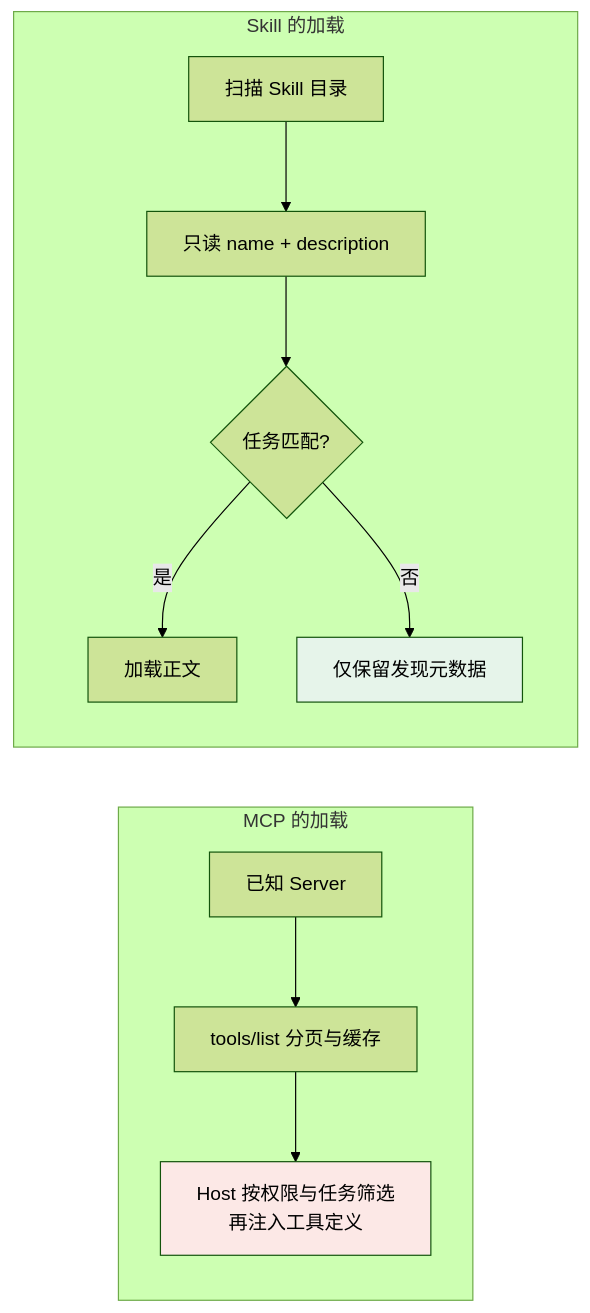
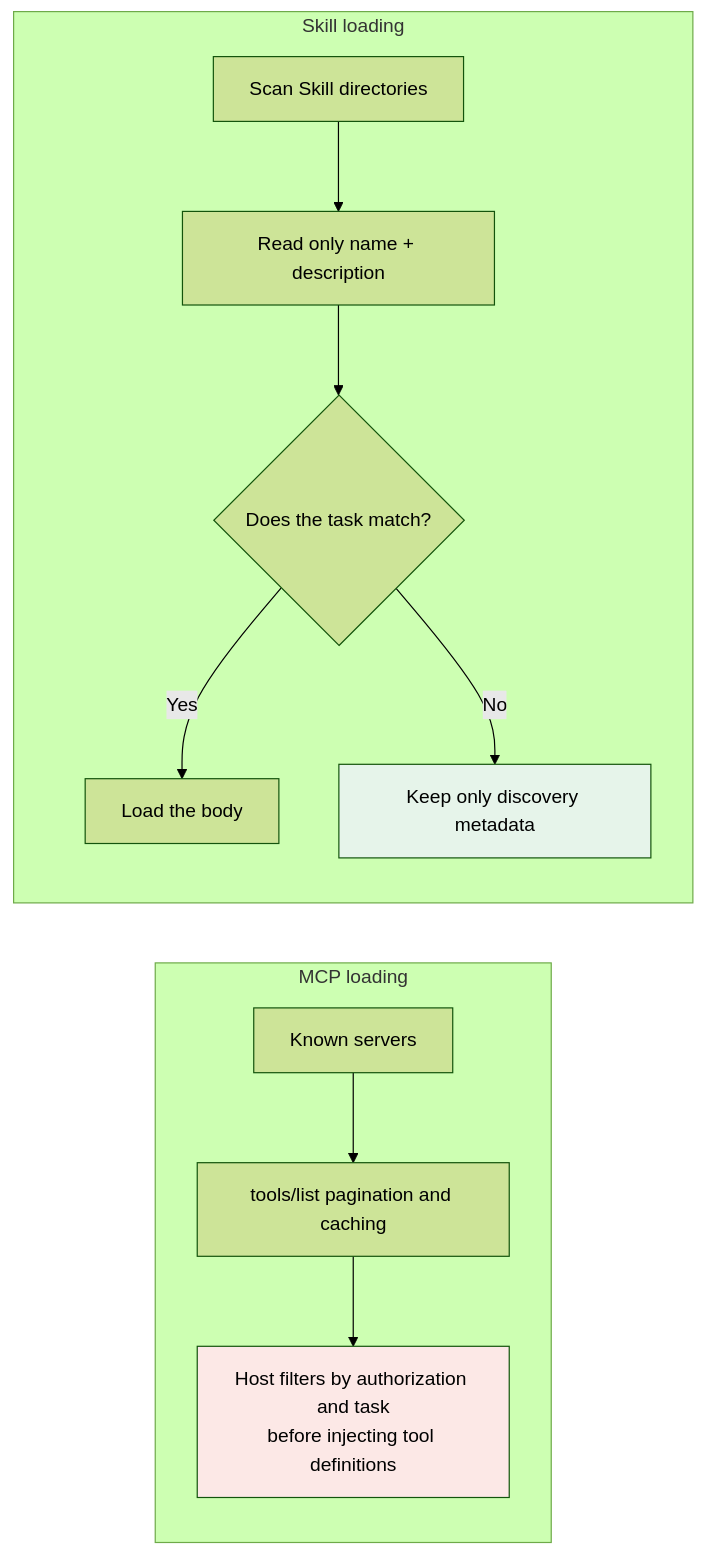
The second of 4 diagrams in docs/tools/03-skills/09-skill-vs-mcp.md (oneleaveknowsthefall/awesome-ai-roadmap), drawn with Mermaid (forest theme) before and after one commit. The commit also changed other lines of this file and 42 other files, not shown here.

````diff
--- a/docs/tools/03-skills/09-skill-vs-mcp.md
+++ b/docs/tools/03-skills/09-skill-vs-mcp.md
@@ -77,17 +77,17 @@
 ```mermaid
 flowchart LR
-    subgraph MCP_L["MCP 的加载"]
-        M1[已知 Server] --> M2[tools/list 分页与缓存]
-        M2 --> M3["Host 按权限与任务筛选<br/>再注入工具定义"]
+    subgraph MCP_L["MCP loading"]
+        M1[Known servers] --> M2[tools/list pagination and caching]
+        M2 --> M3["Host filters by authorization and task<br/>before injecting tool definitions"]
     end
 
-    subgraph SKILL_L["Skill 的加载"]
-        S1[扫描 Skill 目录] --> S2["只读 name + description"]
-        S2 --> S3{任务匹配?}
-        S3 -->|是| S4[加载正文]
-        S3 -->|否| S5[仅保留发现元数据]
+    subgraph SKILL_L["Skill loading"]
+        S1[Scan Skill directories] --> S2["Read only name + description"]
+        S2 --> S3{Does the task match?}
+        S3 -->|Yes| S4[Load the body]
+        S3 -->|No| S5[Keep only discovery metadata]
     end
 
     style M3 fill:#fce8e6
     style S5 fill:#e6f4ea
 ```
````
